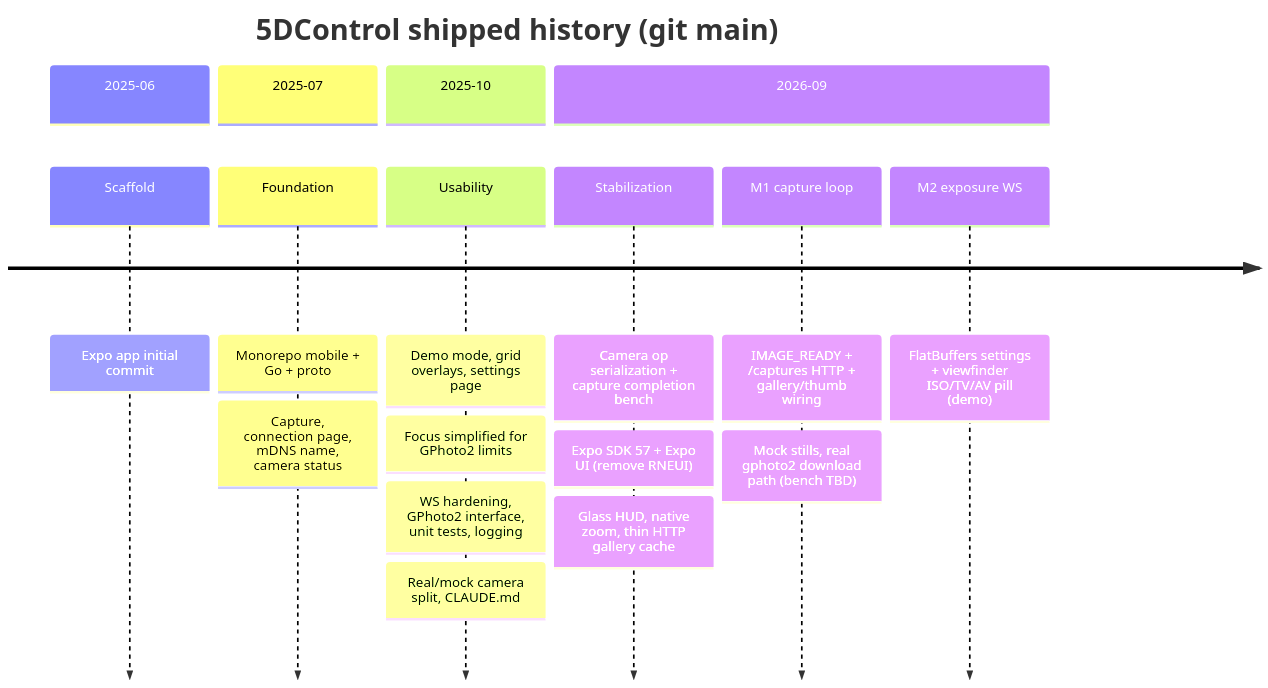
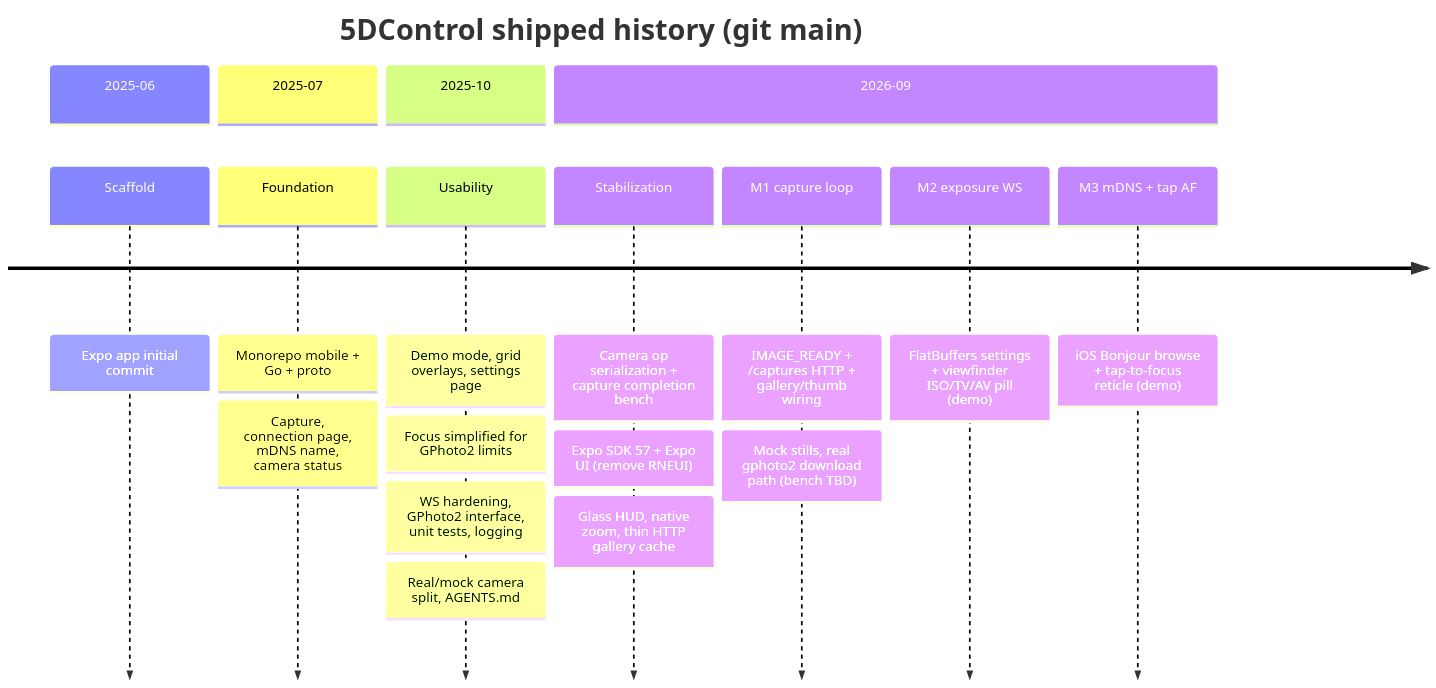
Before and after one commit to cjlawson02/5dcontrol: the first of 4 diagrams in docs/ROADMAP.md, drawn with Mermaid. The commit also changed other lines of this file and 55 other files, not shown here.

First line of the commit message:
feat: connect via mDNS and tap-to-focus on the viewfinder

````diff
--- a/docs/ROADMAP.md
+++ b/docs/ROADMAP.md
@@ -7,21 +7,22 @@
 ```mermaid
 timeline
   title 5DControl shipped history (git main)
     section 2025-06
       Scaffold : Expo app initial commit
     section 2025-07
       Foundation : Monorepo mobile + Go + proto
                  : Capture, connection page, mDNS name, camera status
     section 2025-10
       Usability : Demo mode, grid overlays, settings page
                 : Focus simplified for GPhoto2 limits
                 : WS hardening, GPhoto2 interface, unit tests, logging
-                : Real/mock camera split, CLAUDE.md
+                : Real/mock camera split, AGENTS.md
     section 2026-09
       Stabilization : Camera op serialization + capture completion bench
                     : Expo SDK 57 + Expo UI (remove RNEUI)
                     : Glass HUD, native zoom, thin HTTP gallery cache
       M1 capture loop : IMAGE_READY + /captures HTTP + gallery/thumb wiring
                       : Mock stills, real gphoto2 download path (bench TBD)
       M2 exposure WS : FlatBuffers settings + viewfinder ISO/TV/AV pill (demo)
+      M3 mDNS + tap AF : iOS Bonjour browse + tap-to-focus reticle (demo)
 ```
````
